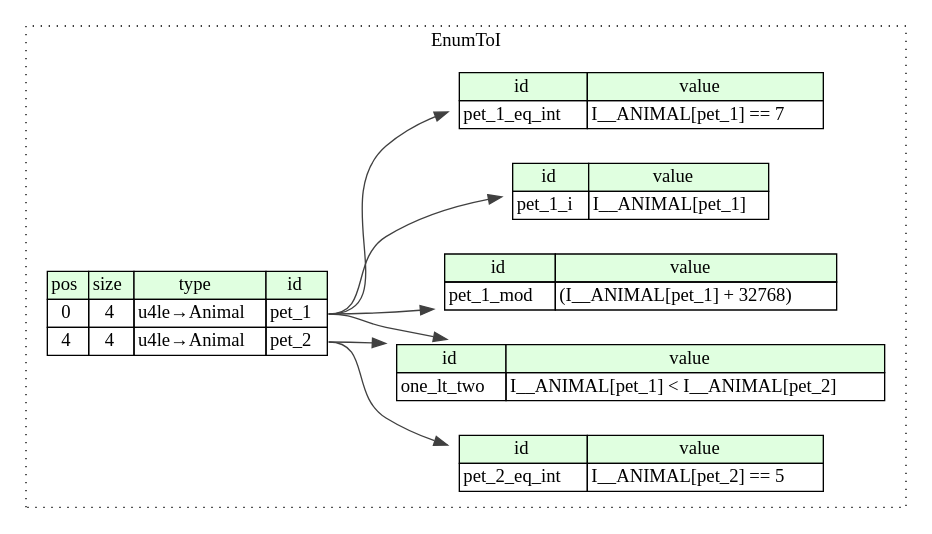
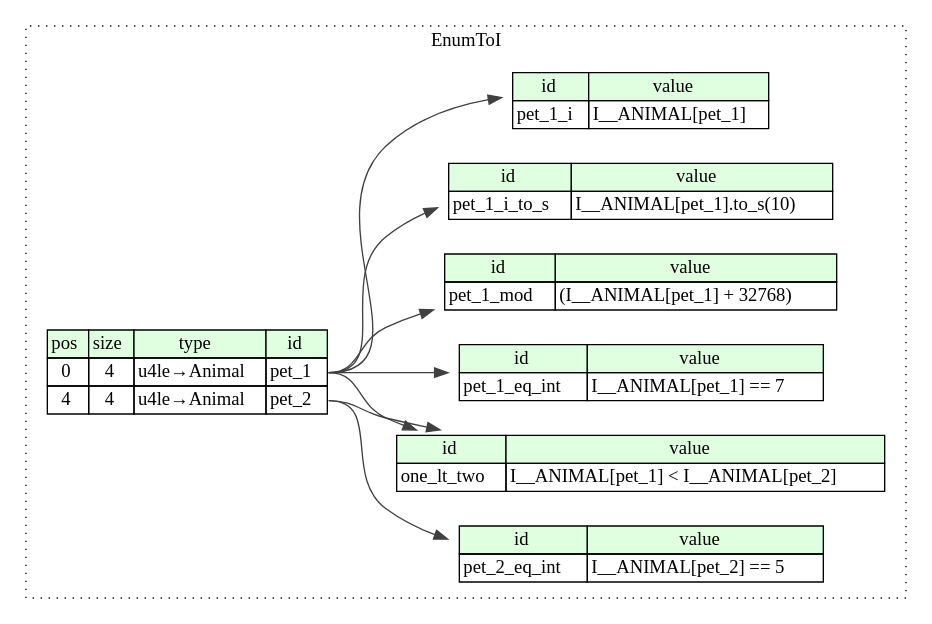
The diagram in compiled/graphviz/enum_to_i.dot (kaitai-io/ci_targets), drawn with Graphviz before and after one commit. The commit also changed 75 other files, not shown here.

```diff
--- a/compiled/graphviz/enum_to_i.dot
+++ b/compiled/graphviz/enum_to_i.dot
@@ -1,40 +1,45 @@
 digraph {
 	rankdir=LR;
 	node [shape=plaintext];
 	subgraph cluster__enum_to_i {
 		label="EnumToI";
 		graph[style=dotted];
 
 		enum_to_i__seq [label=<<TABLE BORDER="0" CELLBORDER="1" CELLSPACING="0">
 			<TR><TD BGCOLOR="#E0FFE0">pos</TD><TD BGCOLOR="#E0FFE0">size</TD><TD BGCOLOR="#E0FFE0">type</TD><TD BGCOLOR="#E0FFE0">id</TD></TR>
 			<TR><TD PORT="pet_1_pos">0</TD><TD PORT="pet_1_size">4</TD><TD>u4le→Animal</TD><TD PORT="pet_1_type">pet_1</TD></TR>
 			<TR><TD PORT="pet_2_pos">4</TD><TD PORT="pet_2_size">4</TD><TD>u4le→Animal</TD><TD PORT="pet_2_type">pet_2</TD></TR>
+		</TABLE>>];
+		enum_to_i__inst__pet_1_i_to_s [label=<<TABLE BORDER="0" CELLBORDER="1" CELLSPACING="0">
+			<TR><TD BGCOLOR="#E0FFE0">id</TD><TD BGCOLOR="#E0FFE0">value</TD></TR>
+			<TR><TD>pet_1_i_to_s</TD><TD>I__ANIMAL[pet_1].to_s(10)</TD></TR>
 		</TABLE>>];
 		enum_to_i__inst__pet_1_i [label=<<TABLE BORDER="0" CELLBORDER="1" CELLSPACING="0">
 			<TR><TD BGCOLOR="#E0FFE0">id</TD><TD BGCOLOR="#E0FFE0">value</TD></TR>
 			<TR><TD>pet_1_i</TD><TD>I__ANIMAL[pet_1]</TD></TR>
 		</TABLE>>];
 		enum_to_i__inst__pet_1_eq_int [label=<<TABLE BORDER="0" CELLBORDER="1" CELLSPACING="0">
 			<TR><TD BGCOLOR="#E0FFE0">id</TD><TD BGCOLOR="#E0FFE0">value</TD></TR>
 			<TR><TD>pet_1_eq_int</TD><TD>I__ANIMAL[pet_1] == 7</TD></TR>
 		</TABLE>>];
 		enum_to_i__inst__one_lt_two [label=<<TABLE BORDER="0" CELLBORDER="1" CELLSPACING="0">
 			<TR><TD BGCOLOR="#E0FFE0">id</TD><TD BGCOLOR="#E0FFE0">value</TD></TR>
 			<TR><TD>one_lt_two</TD><TD>I__ANIMAL[pet_1] &lt; I__ANIMAL[pet_2]</TD></TR>
 		</TABLE>>];
 		enum_to_i__inst__pet_1_mod [label=<<TABLE BORDER="0" CELLBORDER="1" CELLSPACING="0">
 			<TR><TD BGCOLOR="#E0FFE0">id</TD><TD BGCOLOR="#E0FFE0">value</TD></TR>
 			<TR><TD>pet_1_mod</TD><TD>(I__ANIMAL[pet_1] + 32768)</TD></TR>
 		</TABLE>>];
 		enum_to_i__inst__pet_2_eq_int [label=<<TABLE BORDER="0" CELLBORDER="1" CELLSPACING="0">
 			<TR><TD BGCOLOR="#E0FFE0">id</TD><TD BGCOLOR="#E0FFE0">value</TD></TR>
 			<TR><TD>pet_2_eq_int</TD><TD>I__ANIMAL[pet_2] == 5</TD></TR>
 		</TABLE>>];
 	}
+	enum_to_i__seq:pet_1_type -> enum_to_i__inst__pet_1_i_to_s [color="#404040"];
 	enum_to_i__seq:pet_1_type -> enum_to_i__inst__pet_1_i [color="#404040"];
 	enum_to_i__seq:pet_1_type -> enum_to_i__inst__pet_1_eq_int [color="#404040"];
 	enum_to_i__seq:pet_1_type -> enum_to_i__inst__one_lt_two [color="#404040"];
 	enum_to_i__seq:pet_2_type -> enum_to_i__inst__one_lt_two [color="#404040"];
 	enum_to_i__seq:pet_1_type -> enum_to_i__inst__pet_1_mod [color="#404040"];
 	enum_to_i__seq:pet_2_type -> enum_to_i__inst__pet_2_eq_int [color="#404040"];
 }
```
